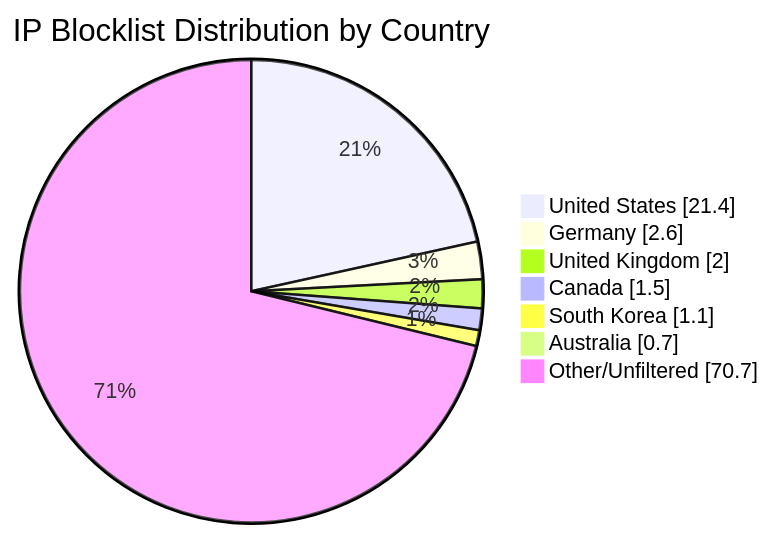
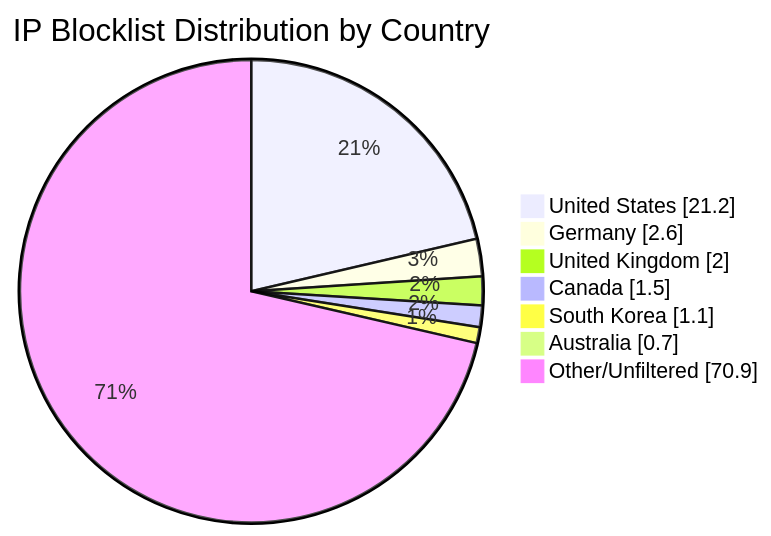
The diagram in README.md (MarcusHoltz/ipblocklist-geofiltered-aggregator), drawn with Mermaid before and after one commit. The commit also changed other lines of this file and 9 other files, not shown here.

````diff
--- a/README.md
+++ b/README.md
@@ -34,10 +34,10 @@
 ```mermaid
 pie showData title IP Blocklist Distribution by Country
-"United States" : 21.4
+"United States" : 21.2
 "Germany" : 2.6
 "United Kingdom" : 2.0
 "Canada" : 1.5
 "South Korea" : 1.1
 "Australia" : 0.7
-"Other/Unfiltered" : 70.7
+"Other/Unfiltered" : 70.9
 ```
````
